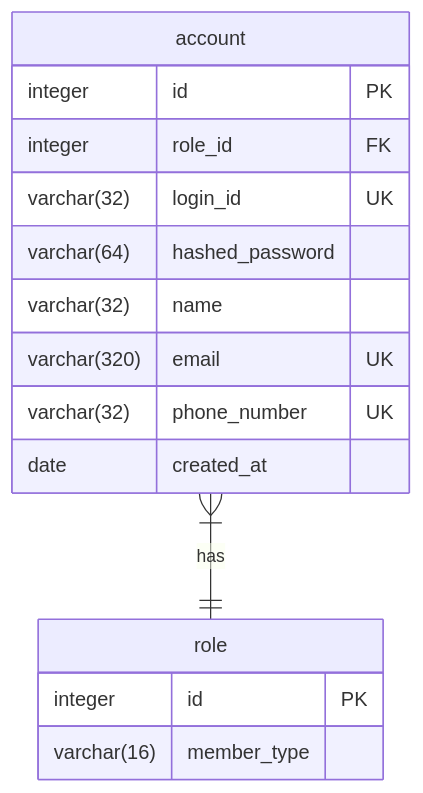
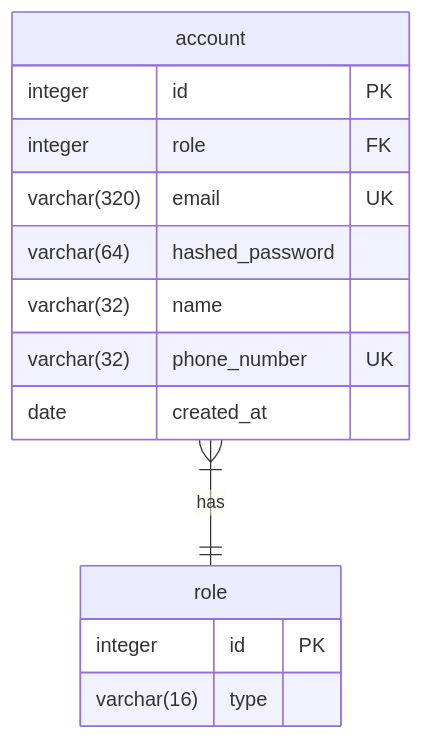
Before and after one commit to kimsehyoung/dongle: the diagram in api/db_schema/AUTH_ERD.md, drawn with Mermaid. The commit also changed 42 other files, not shown here.

````diff
--- a/api/db_schema/AUTH_ERD.md
+++ b/api/db_schema/AUTH_ERD.md
@@ -1,20 +1,19 @@
 ```mermaid
 erDiagram
     role  {
         integer id PK
-        varchar(16) member_type
+        varchar(16) type
     }
 
     account {
         integer id PK
-        integer role_id FK
-        varchar(32) login_id UK
+        integer role FK
+        varchar(320) email UK
         varchar(64) hashed_password
         varchar(32) name
-        varchar(320) email UK
         varchar(32) phone_number UK
         date created_at
     }
 
 account }|--|| role : has
 ```
````
